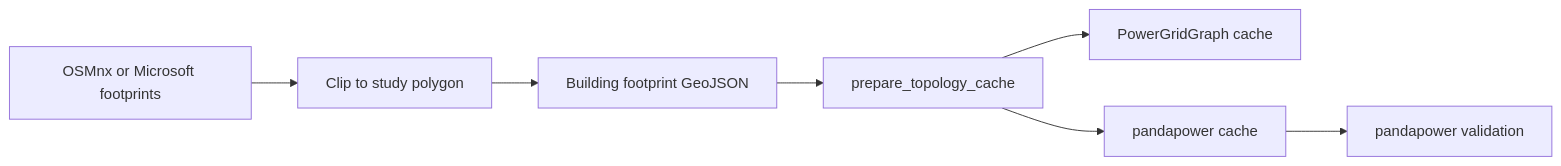
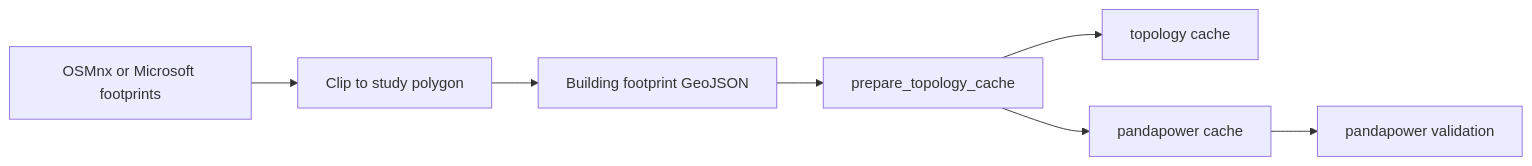
One commit to lirei-lab/gridalyn changed the diagram in docs/workflows/flexibility-cls.md. Above: the diagram before and after it, drawn with Mermaid. The commit also changed other lines of this file and 223 other files, not shown here.

````diff
--- a/docs/workflows/flexibility-cls.md
+++ b/docs/workflows/flexibility-cls.md
@@ -110,9 +110,9 @@
 ```mermaid
 flowchart LR
     raw[OSMnx or Microsoft footprints] --> clip[Clip to study polygon]
     clip --> footprints[Building footprint GeoJSON]
     footprints --> cache[prepare_topology_cache]
-    cache --> pg[PowerGridGraph cache]
+    cache --> pg[topology cache]
     cache --> pp[pandapower cache]
     pp --> validation[pandapower validation]
 ```
````
